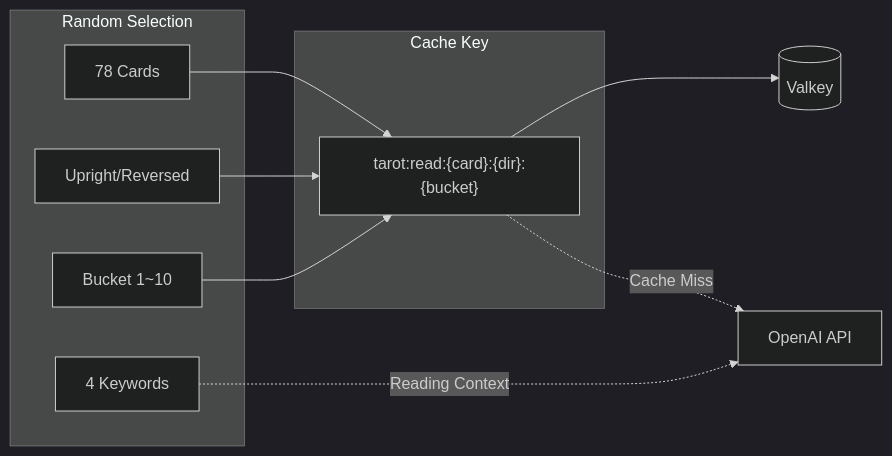
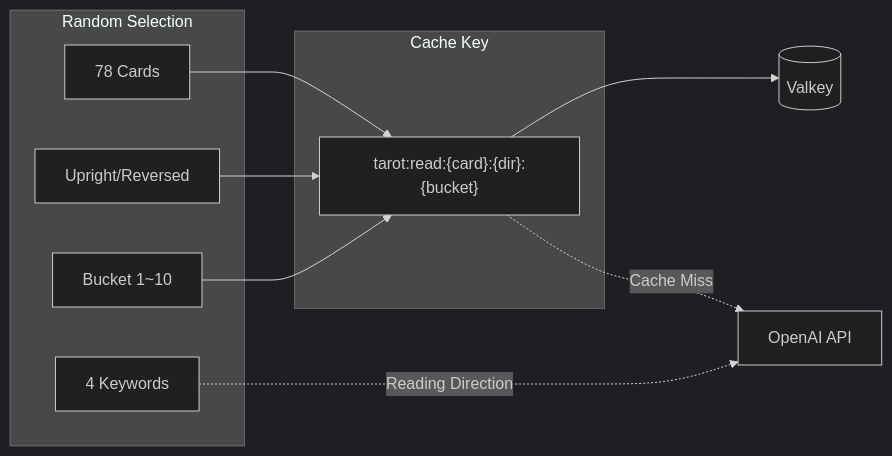
The first of 3 diagrams in src/content/blog/en/tarot-deep-dive.md (mandacode-labs/mandacode-devs), drawn with Mermaid (dark theme) before and after one commit. The commit also changed other lines of this file and 34 other files, not shown here.

````diff
--- a/src/content/blog/en/tarot-deep-dive.md
+++ b/src/content/blog/en/tarot-deep-dive.md
@@ -36,22 +36,22 @@
 ```mermaid
 flowchart LR
     subgraph RandomSelect["Random Selection"]
         Card[78 Cards]
         Dir[Upright/Reversed]
         Bucket[Bucket 1~10]
         Keywords[4 Keywords]
     end
     
     subgraph CacheKey["Cache Key"]
         Key["tarot:read:{card}:{dir}:{bucket}"]
     end
     
     Card --> Key
     Dir --> Key
     Bucket --> Key
     
     Key --> Valkey[(Valkey)]
     Key -.->|Cache Miss| OpenAI[OpenAI API]
-    Keywords -.->|Reading Context| OpenAI
+    Keywords -.->|Reading Direction| OpenAI
 
 ```
````
